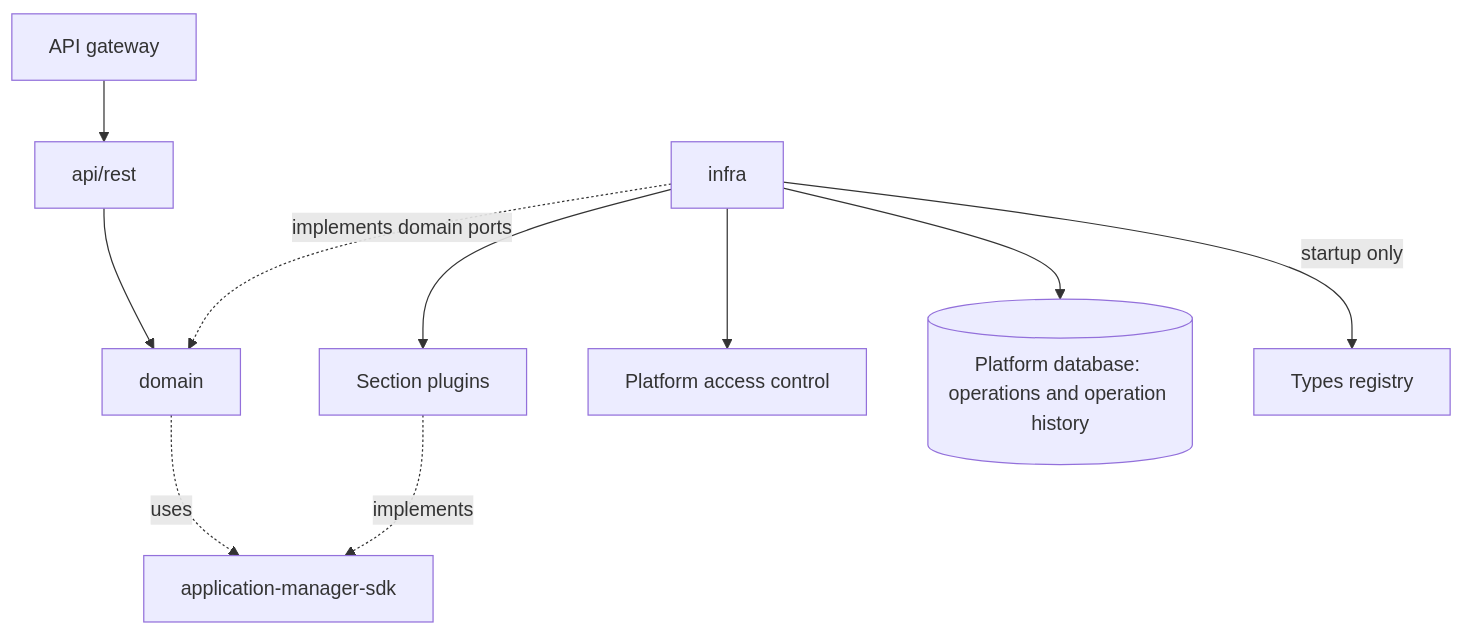
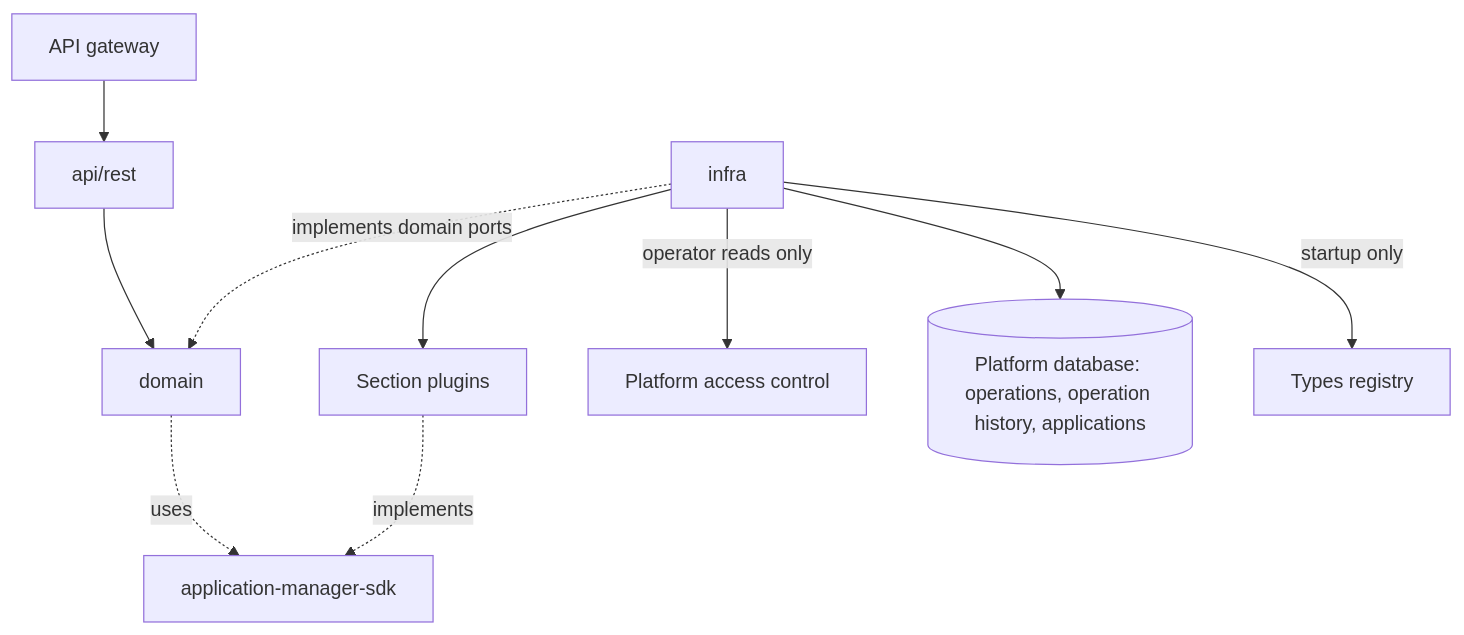
Before and after one commit to constructorfabric/gears-rust: the first of 6 diagrams in gears/system/application-manager/docs/DESIGN.md, drawn with Mermaid. The commit also changed other lines of this file and 2 other files, not shown here.

````diff
--- a/gears/system/application-manager/docs/DESIGN.md
+++ b/gears/system/application-manager/docs/DESIGN.md
@@ -111,11 +113,11 @@
 ```mermaid
 flowchart TB
     GW["API gateway"] --> API["api/rest"] --> DOM["domain"]
     INF["infra"] -.->|"implements domain ports"| DOM
     INF --> SP["Section plugins"]
-    INF --> PDP["Platform access control"]
-    INF --> DB[("Platform database: operations and operation history")]
+    INF -->|"operator reads only"| PDP["Platform access control"]
+    INF --> DB[("Platform database: operations, operation history, applications")]
     INF -->|"startup only"| TR["Types registry"]
     SP -. implements .-> SDK["application-manager-sdk"]
     DOM -. uses .-> SDK
 ```
````
